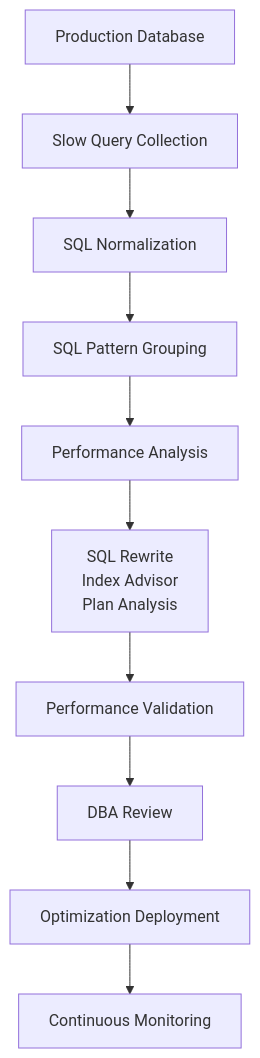
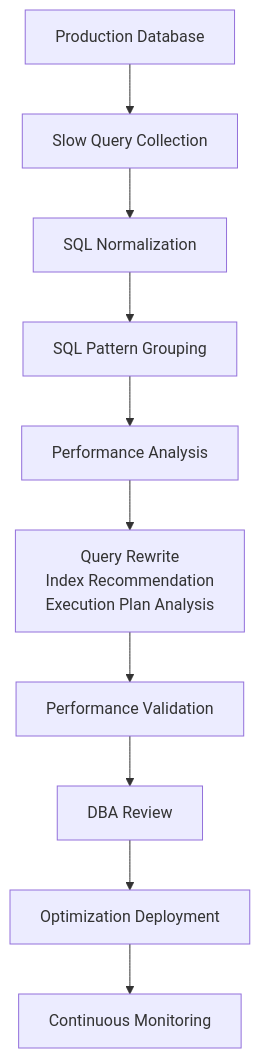
The second of 18 diagrams in docs/en/use-cases/slow-sql-optimization.mdx (PawSQL/pawsql-docs-mantlify), drawn with Mermaid before and after one commit. The commit also changed other lines of this file and 143 other files, not shown here.

````diff
--- a/docs/en/use-cases/slow-sql-optimization.mdx
+++ b/docs/en/use-cases/slow-sql-optimization.mdx
@@ -230,6 +230,6 @@
 ```mermaid
 flowchart TD
     A[Production Database] --> B[Slow Query Collection] --> C[SQL Normalization] --> D[SQL Pattern Grouping]
-    D --> E[Performance Analysis] --> F["SQL Rewrite<br/>Index Advisor<br/>Plan Analysis"]
+    D --> E[Performance Analysis] --> F["Query Rewrite<br/>Index Recommendation<br/>Execution Plan Analysis"]
     F --> G[Performance Validation] --> H[DBA Review] --> I[Optimization Deployment] --> J[Continuous Monitoring]
 ```
````
